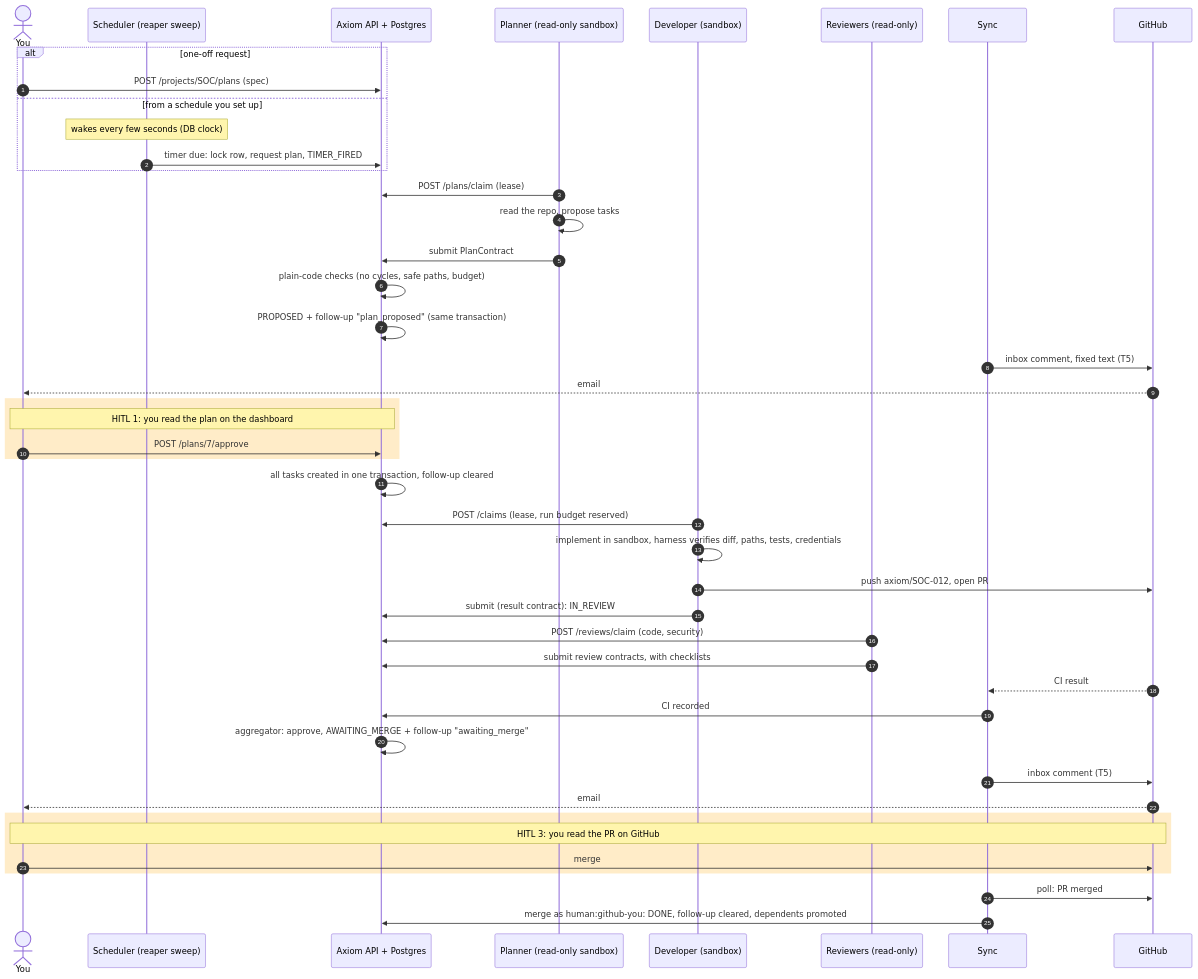
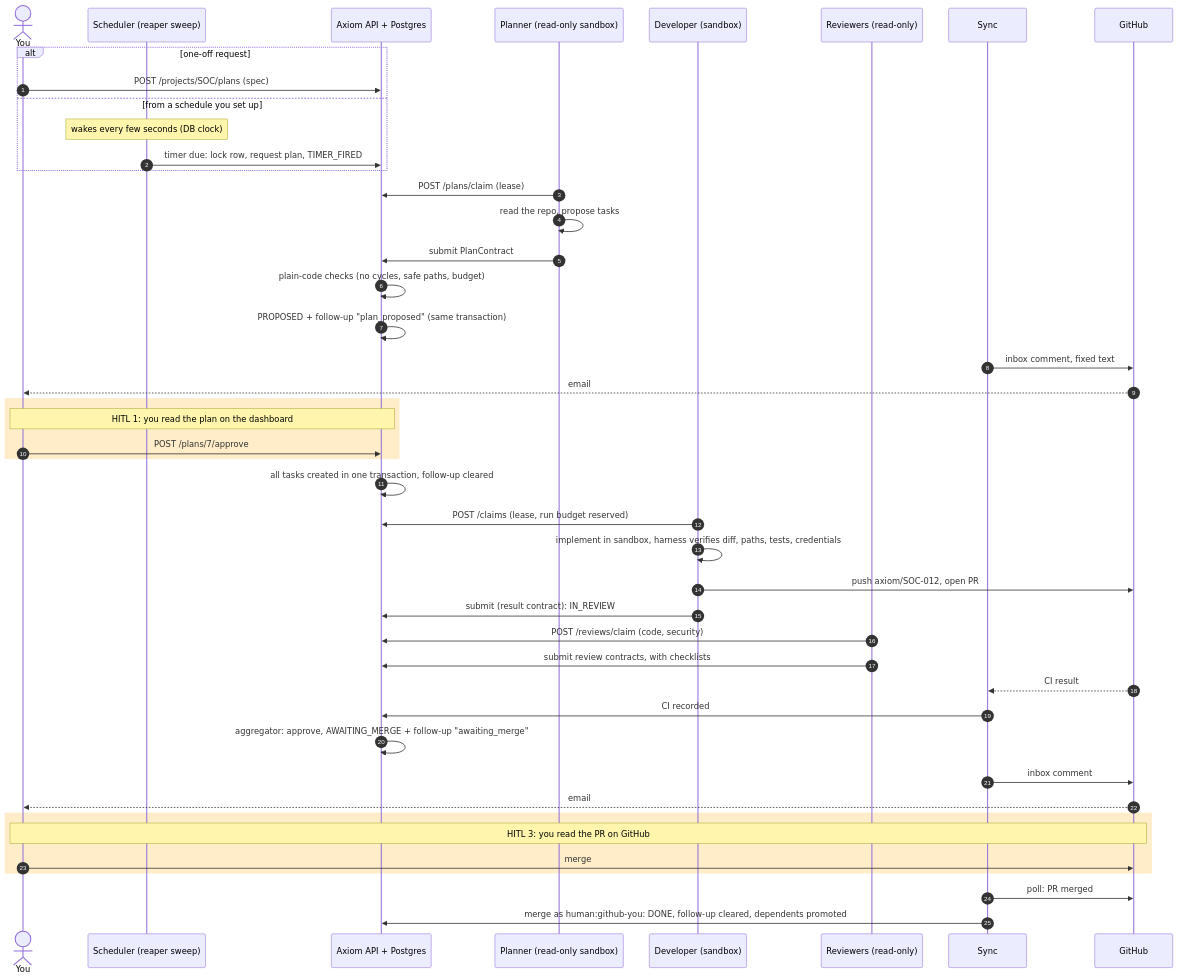
One commit to bharathcmbox/axiom changed the fourth of 8 diagrams in docs/guide/17-continuous-operation.md. Above: the diagram before and after it, drawn with Mermaid. The commit also changed other lines of this file and 28 other files, not shown here.

````diff
--- a/docs/guide/17-continuous-operation.md
+++ b/docs/guide/17-continuous-operation.md
@@ -126,48 +126,48 @@
 ```mermaid
 sequenceDiagram
     autonumber
     actor You
     participant Sch as Scheduler (reaper sweep)
     participant AX as Axiom API + Postgres
     participant PL as Planner (read-only sandbox)
     participant DV as Developer (sandbox)
     participant RV as Reviewers (read-only)
     participant SY as Sync
     participant GH as GitHub
 
     alt one-off request
         You->>AX: POST /projects/SOC/plans (spec)
     else from a schedule you set up
         Note over Sch: wakes every few seconds (DB clock)
         Sch->>AX: timer due: lock row, request plan, TIMER_FIRED
     end
     PL->>AX: POST /plans/claim (lease)
     PL->>PL: read the repo, propose tasks
     PL->>AX: submit PlanContract
     AX->>AX: plain-code checks (no cycles, safe paths, budget)
     AX->>AX: PROPOSED + follow-up "plan_proposed" (same transaction)
-    SY->>GH: inbox comment, fixed text (T5)
+    SY->>GH: inbox comment, fixed text
     GH-->>You: email
     rect rgb(255, 236, 200)
         Note over You,AX: HITL 1: you read the plan on the dashboard
         You->>AX: POST /plans/7/approve
     end
     AX->>AX: all tasks created in one transaction, follow-up cleared
     DV->>AX: POST /claims (lease, run budget reserved)
     DV->>DV: implement in sandbox, harness verifies diff, paths, tests, credentials
     DV->>GH: push axiom/SOC-012, open PR
     DV->>AX: submit (result contract): IN_REVIEW
     RV->>AX: POST /reviews/claim (code, security)
     RV->>AX: submit review contracts, with checklists
     GH-->>SY: CI result
     SY->>AX: CI recorded
     AX->>AX: aggregator: approve, AWAITING_MERGE + follow-up "awaiting_merge"
-    SY->>GH: inbox comment (T5)
+    SY->>GH: inbox comment
     GH-->>You: email
     rect rgb(255, 236, 200)
         Note over You,GH: HITL 3: you read the PR on GitHub
         You->>GH: merge
     end
     SY->>GH: poll: PR merged
     SY->>AX: merge as human:github-you: DONE, follow-up cleared, dependents promoted
 ```
````
